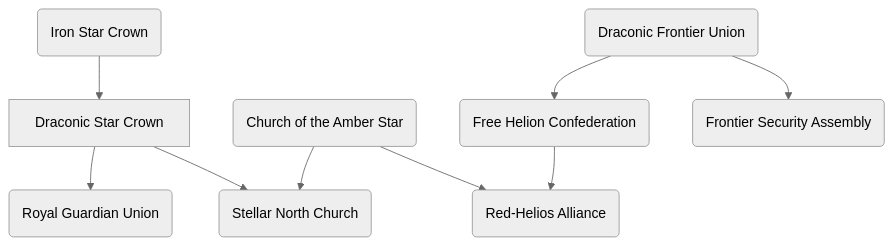
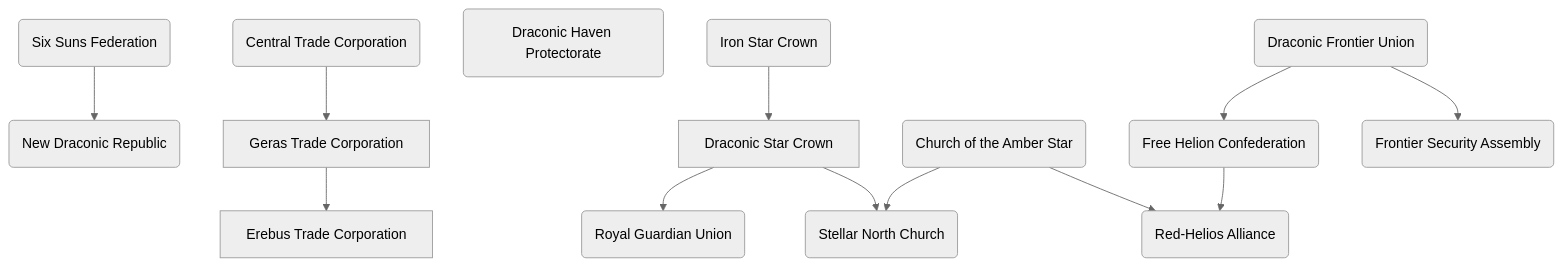
Before and after one commit to elecarno/crh-wiki: the diagram in docs/factions/index.md, drawn with Mermaid (neutral theme). The commit also changed 45 other files, not shown here.

```diff
--- a/docs/factions/index.md
+++ b/docs/factions/index.md
@@ -45,13 +34,20 @@
 <pre class="mermaid">
 flowchart TD
+A(Six Suns Federation) --> B(New Draconic Republic)
+
+W(Central Trade Corporation)
+W --> X[Geras Trade Corporation]
+X --> Y[Erebus Trade Corporation]
+
+Z(Draconic Haven Protectorate)
 
 C(Iron Star Crown) --> E[Draconic Star Crown]
 E --> F(Royal Guardian Union)
 D(Church of the Amber Star) --> L(Stellar North Church)
 G(Draconic Frontier Union) 
 G --> H(Free Helion Confederation)
 G --> I(Frontier Security Assembly)
 D --> K(Red-Helios Alliance)
 H --> K
 E --> L
 </pre>
```
